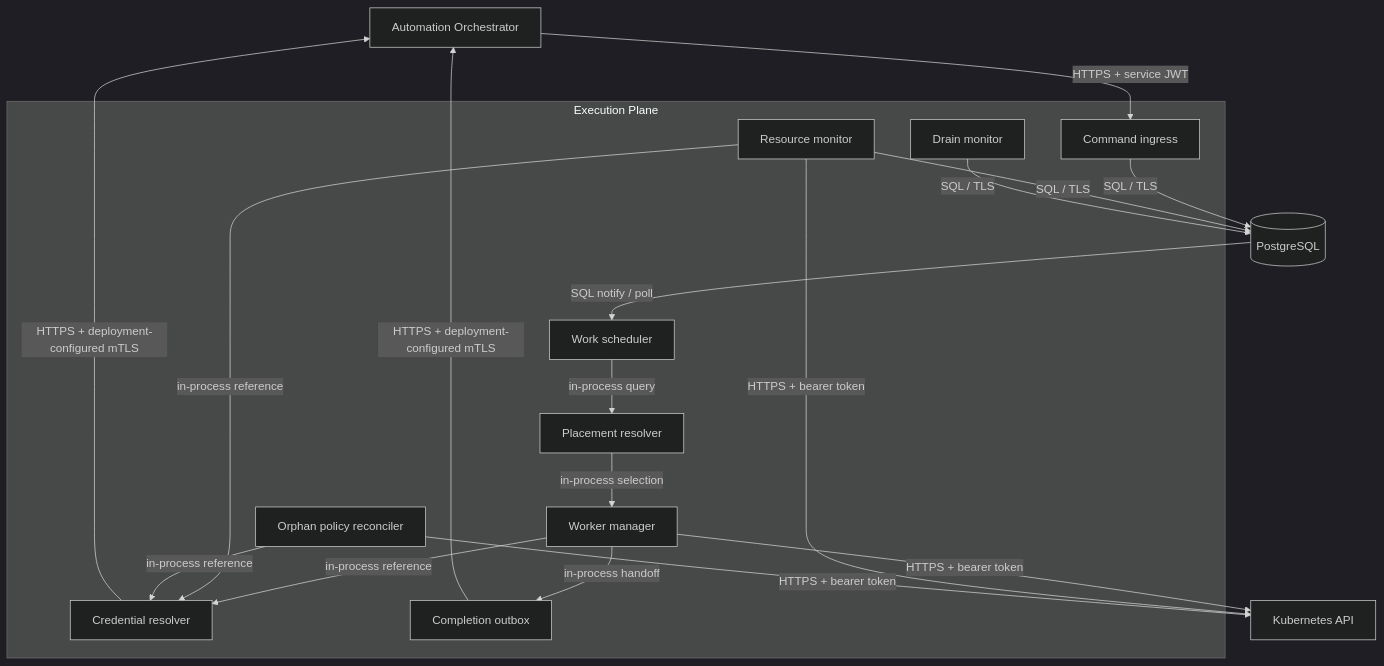
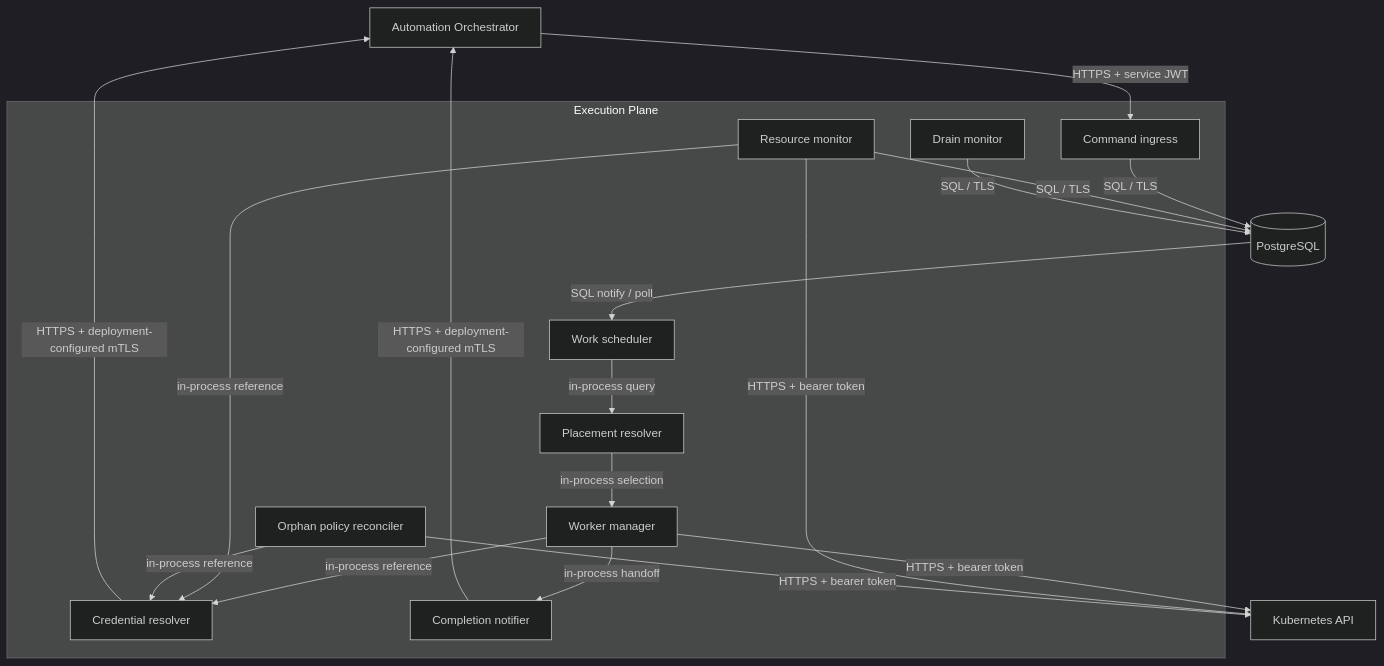
Before and after one commit to syntara-orchestration/syntara-execution-plane: the second of 10 diagrams in docs/architecture.md, drawn with Mermaid (dark theme). The commit also changed other lines of this file, not shown here.

````diff
--- a/docs/architecture.md
+++ b/docs/architecture.md
@@ -77,35 +77,35 @@
 ```mermaid
 flowchart TB
     AO[Automation Orchestrator]
     DB[(PostgreSQL)]
     Kube[Kubernetes API]
 
     subgraph EP[Execution Plane]
         Ingress[Command ingress]
         Scheduler[Work scheduler]
         Placement[Placement resolver]
         WorkerManager[Worker manager]
         CredentialResolver[Credential resolver]
         ResourceMonitor[Resource monitor]
         DrainMonitor[Drain monitor]
         PolicyReconciler[Orphan policy reconciler]
-        CompletionOutbox[Completion outbox]
+        CompletionNotifier[Completion notifier]
     end
 
     AO -- "HTTPS + service JWT" --> Ingress
     Ingress -- "SQL / TLS" --> DB
     DB -- "SQL notify / poll" --> Scheduler
     Scheduler -- "in-process query" --> Placement
     Placement -- "in-process selection" --> WorkerManager
     WorkerManager -- "in-process reference" --> CredentialResolver
     CredentialResolver -- "HTTPS + deployment-configured mTLS" --> AO
     WorkerManager -- "HTTPS + bearer token" --> Kube
-    WorkerManager -- "in-process handoff" --> CompletionOutbox
-    CompletionOutbox -- "HTTPS + deployment-configured mTLS" --> AO
+    WorkerManager -- "in-process handoff" --> CompletionNotifier
+    CompletionNotifier -- "HTTPS + deployment-configured mTLS" --> AO
     ResourceMonitor -- "in-process reference" --> CredentialResolver
     ResourceMonitor -- "HTTPS + bearer token" --> Kube
     ResourceMonitor -- "SQL / TLS" --> DB
     DrainMonitor -- "SQL / TLS" --> DB
     PolicyReconciler -- "in-process reference" --> CredentialResolver
     PolicyReconciler -- "HTTPS + bearer token" --> Kube
 ```
````
